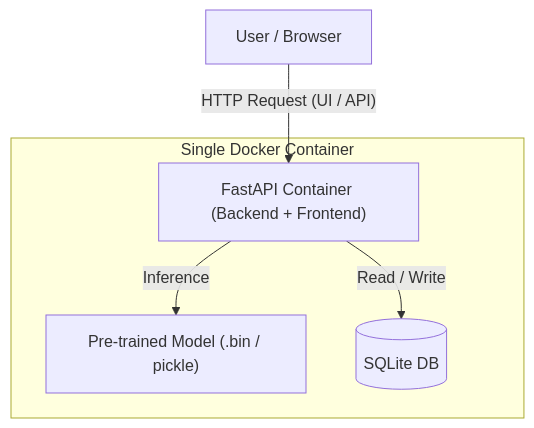
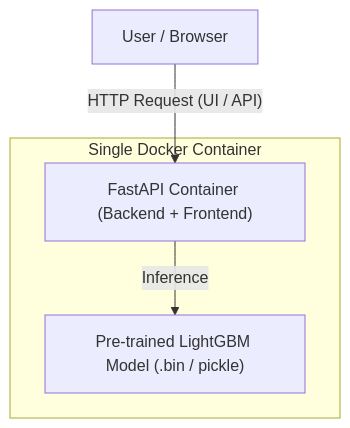
One commit to petr-akimov/hh-salary-advisor changed the diagram in README.md. Above: the diagram before and after it, drawn with Mermaid. The commit also changed other lines of this file and 6 other files, not shown here.

````diff
--- a/README.md
+++ b/README.md
@@ -33,8 +33,7 @@
 ```mermaid
 flowchart TD
     User["User / Browser"] -->|"HTTP Request (UI / API)"| App["FastAPI Container (Backend + Frontend)"]
     subgraph Container["Single Docker Container"]
-        App -->|Inference| Model["Pre-trained Model (.bin / pickle)"]
-        App -->|Read / Write| SQLite[(SQLite DB)]
+        App -->|Inference| Model["Pre-trained LightGBM Model (.bin / pickle)"]
     end
 ```
````
